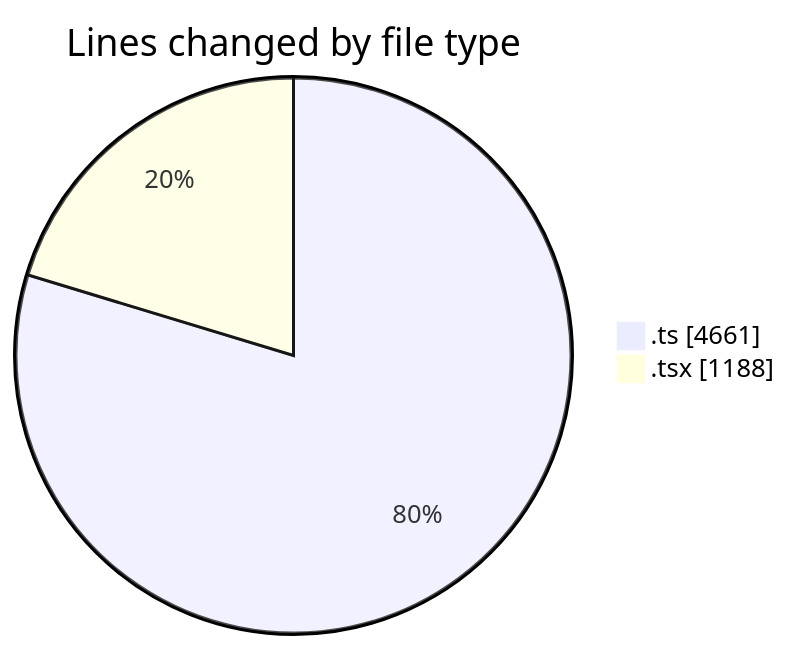
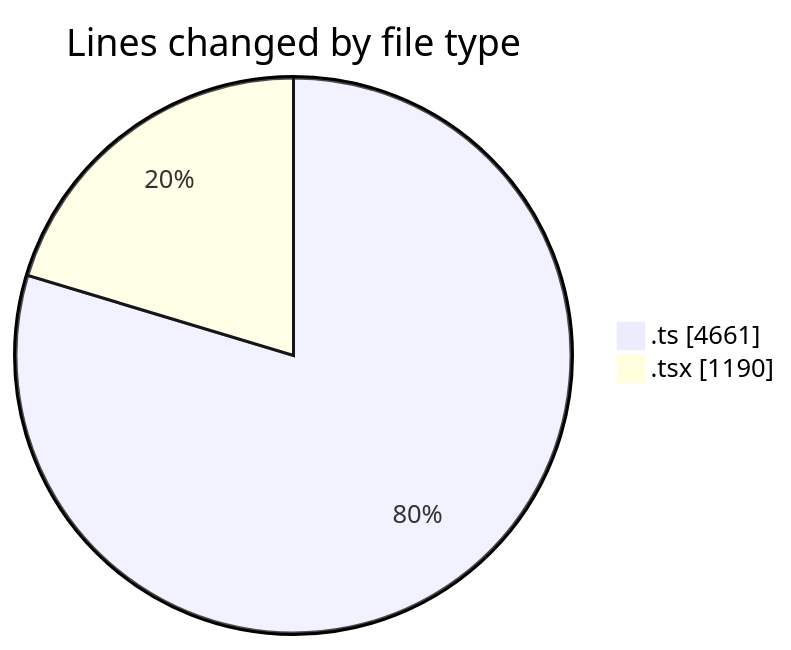
One commit to JenPaints/code-tracking changed the first of 2 diagrams in 2025-07-25/cohera/README.md. Above: the diagram before and after it, drawn with Mermaid. The commit also changed other lines of this file and 1 other file, not shown here.

````diff
--- a/2025-07-25/cohera/README.md
+++ b/2025-07-25/cohera/README.md
@@ -30,6 +30,6 @@
 ```mermaid
 pie showData
 title Lines changed by file type
 ".ts" : 4661
-".tsx" : 1188
+".tsx" : 1190
 ```
````
